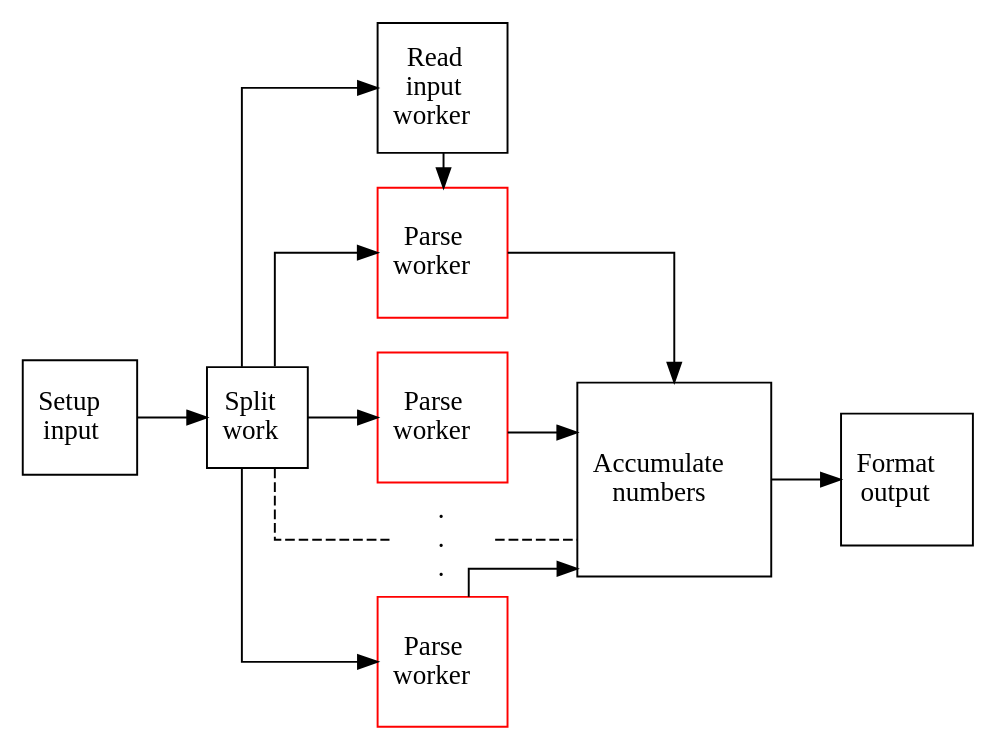
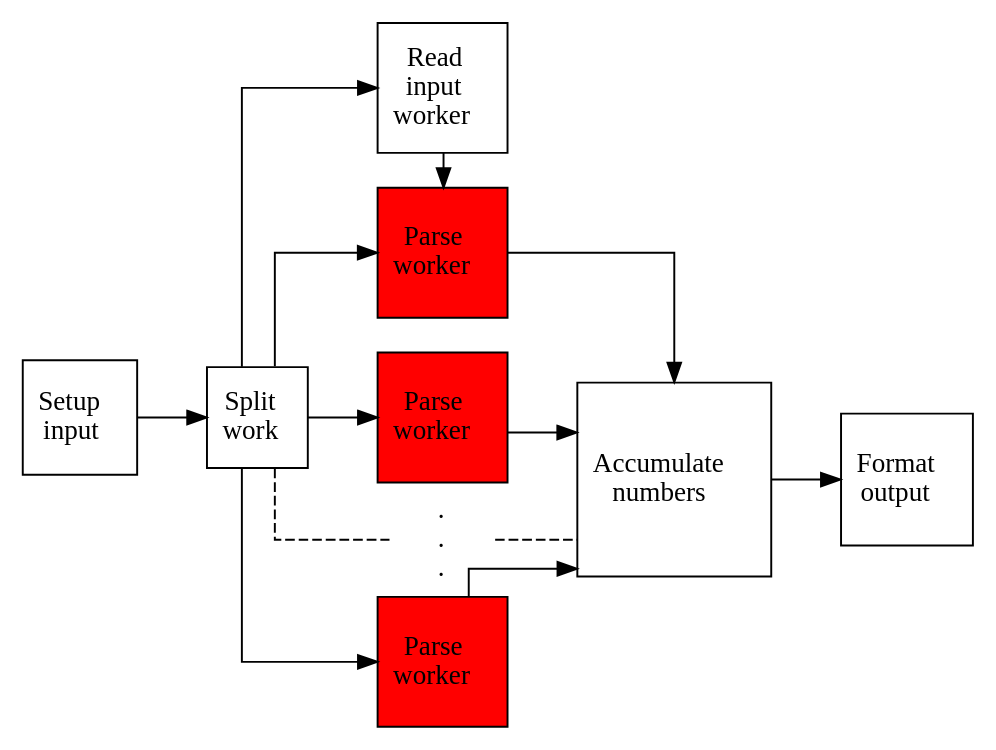
The diagram in report/figs/pet-pipeline.gv (terjr/thesis), drawn with Graphviz before and after one commit. The commit also changed 2 other files, not shown here.

Commit message:
fixed pipeline fig some more

```diff
--- a/report/figs/pet-pipeline.gv
+++ b/report/figs/pet-pipeline.gv
@@ -1,32 +1,32 @@
 digraph PET {
     rankdir = LR;
     size="8,5"
     splines=ortho;
     node [shape = square];
 
     subgraph {
         rankdir = TB;
         rank="same";
         read
         parse3 [shape="none",label=<.<br/>.<br/>.>,height="0.3",margin="0",fixedsize="true"]
         read->parse1
         parse1->parse2,parse2->parse3,parse3->parse4 [style="invis"]
     }
 
     read [label=<Read<br/>input<br/>worker>]
 
     setup [label=<Setup<br/>input>]
     setup -> split
     split [label=<Split<br/>work>];
     split -> read;
     split -> parse1,parse2,parse4 -> merge;
     split -> parse3->merge [style="dashed",arrowhead="none"]
 
 
-    parse1, parse2, parse4 [label=<Parse<br/>worker>,color=red];
+    parse1, parse2, parse4 [label=<Parse<br/>worker>,style=filled,fillcolor=red];
 
     merge [label=<Accumulate<br/>numbers>]
     output [label=<Format<br/>output>]
 
     merge->output
 }
```
